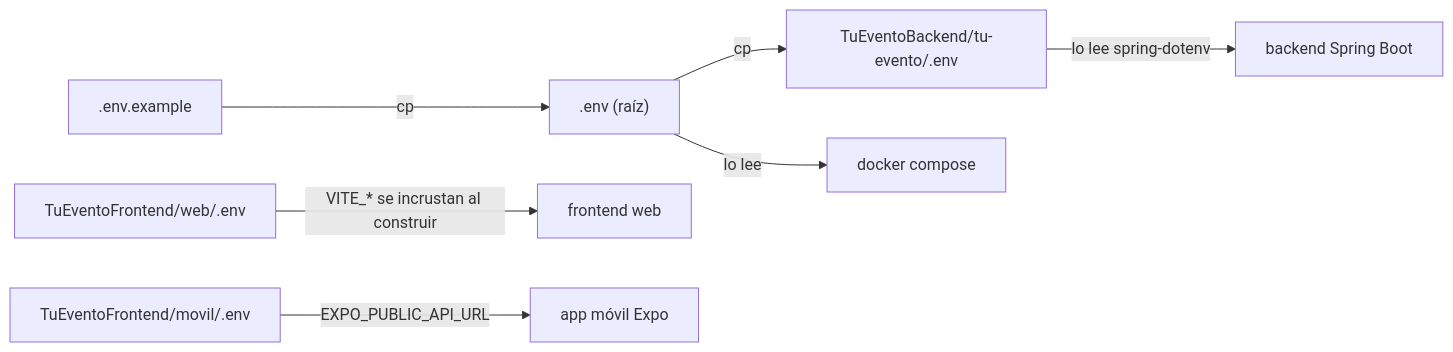
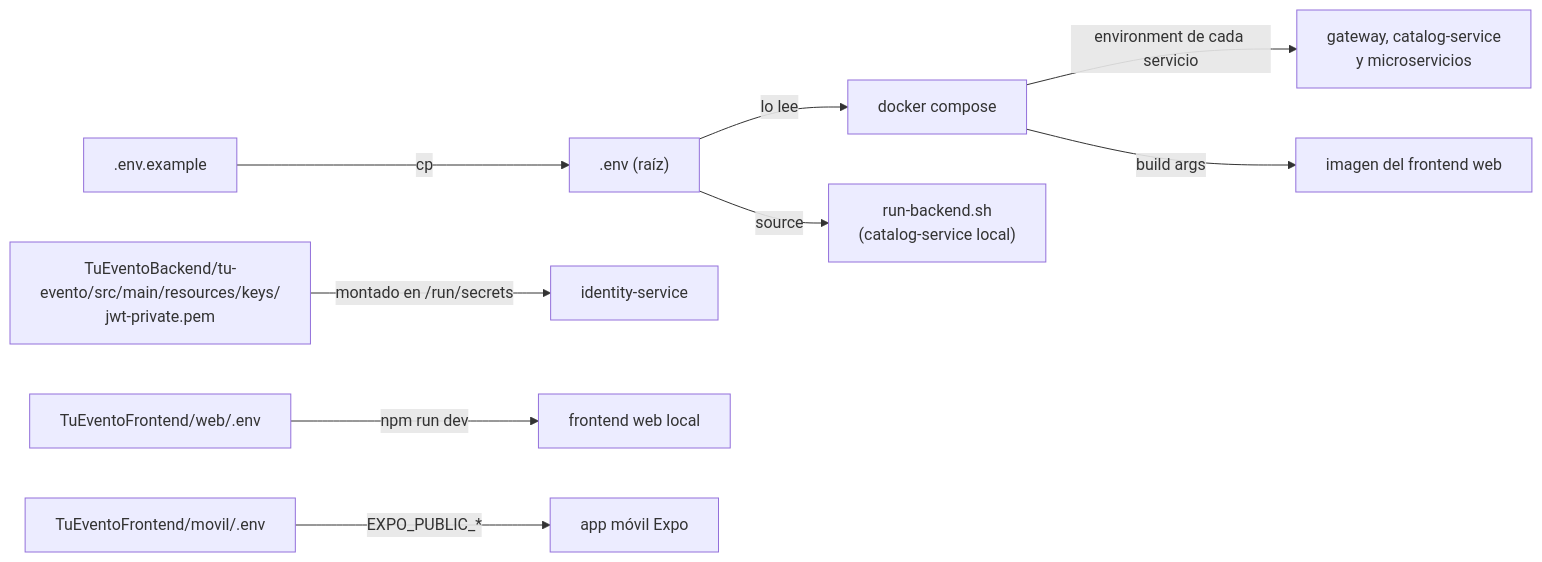
One commit to TheJhampierBoy/TuEvento-Docs changed the second of 6 diagrams in es/11_Manual_Instalacion.md. Above: the diagram before and after it, drawn with Mermaid. The commit also changed other lines of this file and 1 other file, not shown here.

First line of the commit message:
docs: update installation manual to v1.2.0 (gateway and microservices)

````diff
--- a/es/11_Manual_Instalacion.md
+++ b/es/11_Manual_Instalacion.md
@@ -190,9 +229,11 @@
 ```mermaid
 flowchart LR
     EX[".env.example"] -->|"cp"| R[".env (raíz)"]
-    R -->|"cp"| BE["TuEventoBackend/tu-evento/.env"]
     R -->|"lo lee"| DC["docker compose"]
-    BE -->|"lo lee spring-dotenv"| BK["backend Spring Boot"]
-    WE["TuEventoFrontend/web/.env"] -->|"VITE_* se incrustan al construir"| FW["frontend web"]
-    ME["TuEventoFrontend/movil/.env"] -->|"EXPO_PUBLIC_API_URL"| MV["app móvil Expo"]
+    DC -->|"environment de cada servicio"| SV["gateway, catalog-service<br/>y microservicios"]
+    R -->|"source"| RB["run-backend.sh<br/>(catalog-service local)"]
+    KEY["TuEventoBackend/tu-evento/src/main/resources/keys/<br/>jwt-private.pem"] -->|"montado en /run/secrets"| ID["identity-service"]
+    DC -->|"build args"| FW["imagen del frontend web"]
+    WE["TuEventoFrontend/web/.env"] -->|"npm run dev"| FD["frontend web local"]
+    ME["TuEventoFrontend/movil/.env"] -->|"EXPO_PUBLIC_*"| MV["app móvil Expo"]
 ```
````
